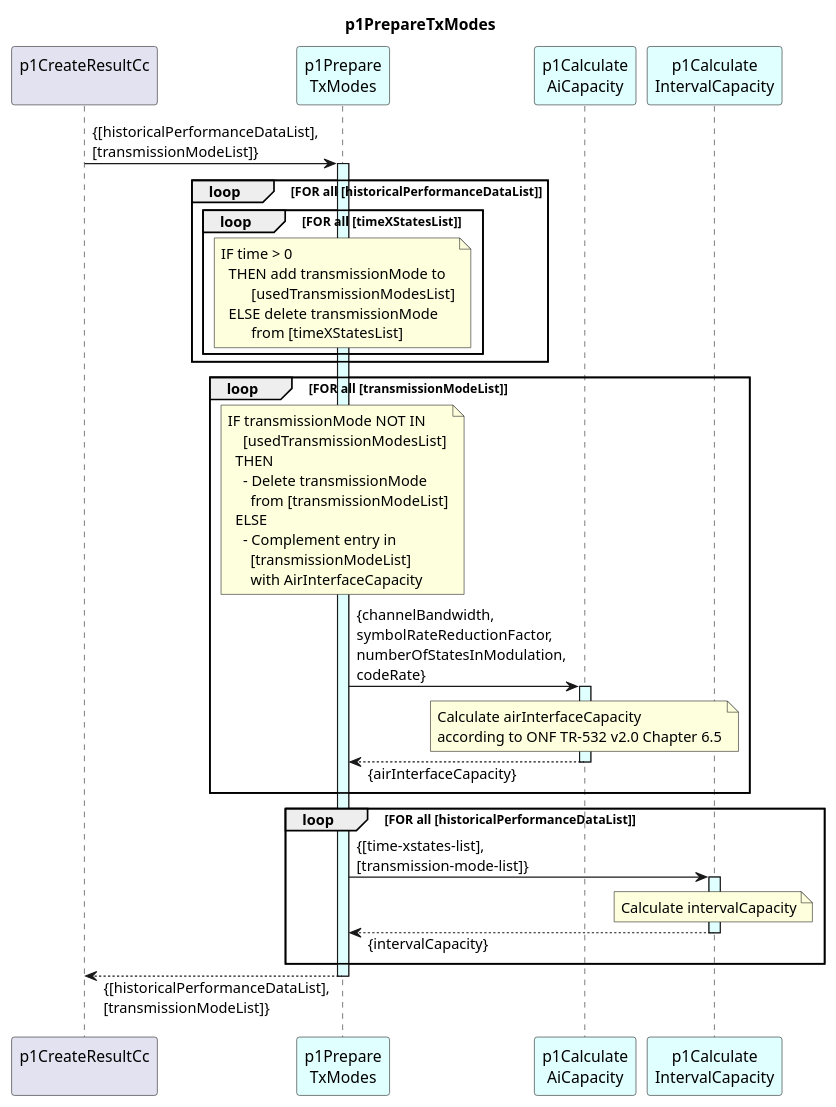
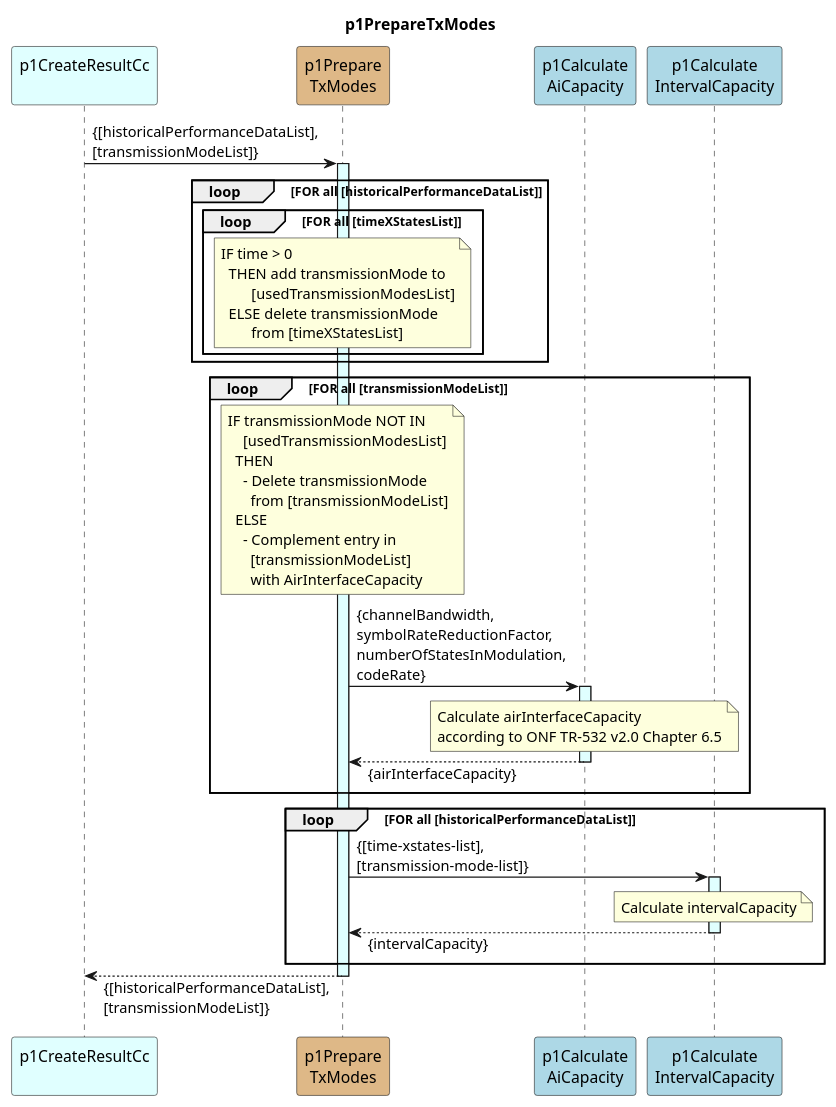
One commit to openBackhaul/DevicePerformanceManagementDataProcessor changed the diagram in spec/Functions/p1StreamPmData/p1ProcessDevice/p1CreateResultCc/p1PrepareTxModes/1.0.0/p1PrepareTxModes.plantuml. Above: the diagram before and after it, drawn with PlantUML. The commit also changed 15 other files, not shown here.

Commit message:
Define p1CreateResultCc (not finished)

```diff
--- a/spec/Functions/p1StreamPmData/p1ProcessDevice/p1CreateResultCc/p1PrepareTxModes/1.0.0/p1PrepareTxModes.plantuml
+++ b/spec/Functions/p1StreamPmData/p1ProcessDevice/p1CreateResultCc/p1PrepareTxModes/1.0.0/p1PrepareTxModes.plantuml
@@ -1,71 +1,71 @@
 @startuml p1PrepareTxModes
 skinparam responseMessageBelowArrow true
 
 title
   p1PrepareTxModes
 end title
 
-participant "p1CreateResultCc\n" as cur
+participant "p1CreateResultCc\n" as cur #LightCyan
 
-participant "p1Prepare\nTxModes" as prepTxModes #LightCyan
-participant "p1Calculate\nAiCapacity" as aiCC #LightCyan
-participant "p1Calculate\nIntervalCapacity" as intCC #LightCyan
+participant "p1Prepare\nTxModes" as prepTxModes #BurlyWood
+participant "p1Calculate\nAiCapacity" as aiCC #LightBlue
+participant "p1Calculate\nIntervalCapacity" as intCC #LightBlue
 
 
 cur -> prepTxModes : {[historicalPerformanceDataList],\n[transmissionModeList]}
 activate prepTxModes #LightCyan
 
   loop FOR all [historicalPerformanceDataList]
     loop FOR all [timeXStatesList]
       note over prepTxModes
         IF time > 0
           THEN add transmissionMode to
                 [usedTransmissionModesList]
           ELSE delete transmissionMode 
                 from [timeXStatesList]
       end note
     end loop
   end loop
 
   loop FOR all [transmissionModeList]
 
     note over prepTxModes
       IF transmissionMode NOT IN 
           [usedTransmissionModesList]
         THEN 
           - Delete transmissionMode
             from [transmissionModeList]
         ELSE
           - Complement entry in
             [transmissionModeList]
             with AirInterfaceCapacity
     end note
 
     prepTxModes -> aiCC : {channelBandwidth,\nsymbolRateReductionFactor,\nnumberOfStatesInModulation,\ncodeRate}
     activate aiCC #LightCyan
       note over aiCC
         Calculate airInterfaceCapacity
         according to ONF TR-532 v2.0 Chapter 6.5
       end note
     prepTxModes <-- aiCC: {airInterfaceCapacity}
     deactivate aiCC
 
   end loop
 
   loop FOR all [historicalPerformanceDataList]
     prepTxModes -> intCC : {[time-xstates-list],\n[transmission-mode-list]}
     activate intCC #LightCyan
       note over intCC
         Calculate intervalCapacity
       end note
     prepTxModes <-- intCC: {intervalCapacity}
     deactivate intCC
 
   end loop
 
 cur <-- prepTxModes : {[historicalPerformanceDataList],\n[transmissionModeList]}
 deactivate prepTxModes
 
 deactivate cur
 
 @enduml
```
